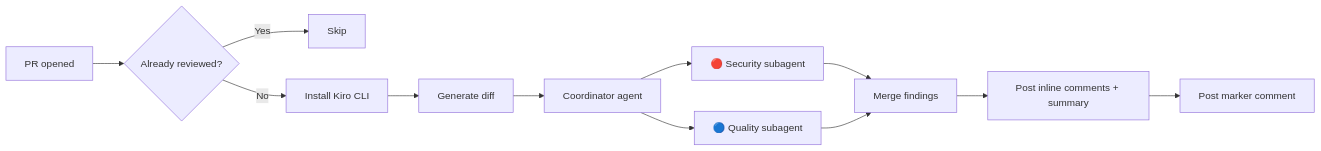
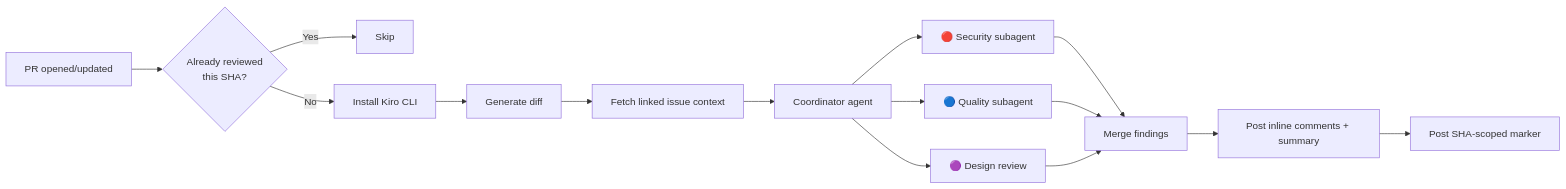
Before and after one commit to kyleseaman/kiro-code-reviews: the diagram in README.md, drawn with Mermaid. The commit also changed other lines of this file and 4 other files, not shown here.

First line of the commit message:
feat: add issue context, design review, test coverage checks, and SHA-scoped markers

````diff
--- a/README.md
+++ b/README.md
@@ -12,14 +12,17 @@
 ```mermaid
 flowchart LR
-    A[PR opened] --> B{Already reviewed?}
+    A[PR opened/updated] --> B{Already reviewed\nthis SHA?}
     B -- Yes --> C[Skip]
     B -- No --> D[Install Kiro CLI]
     D --> E[Generate diff]
-    E --> F[Coordinator agent]
+    E --> E2[Fetch linked issue context]
+    E2 --> F[Coordinator agent]
     F --> G[🔴 Security subagent]
     F --> H[🔵 Quality subagent]
+    F --> F2[🟣 Design review]
     G --> I[Merge findings]
     H --> I
+    F2 --> I
     I --> J[Post inline comments + summary]
-    J --> K[Post marker comment]
+    J --> K[Post SHA-scoped marker]
 ```
````
